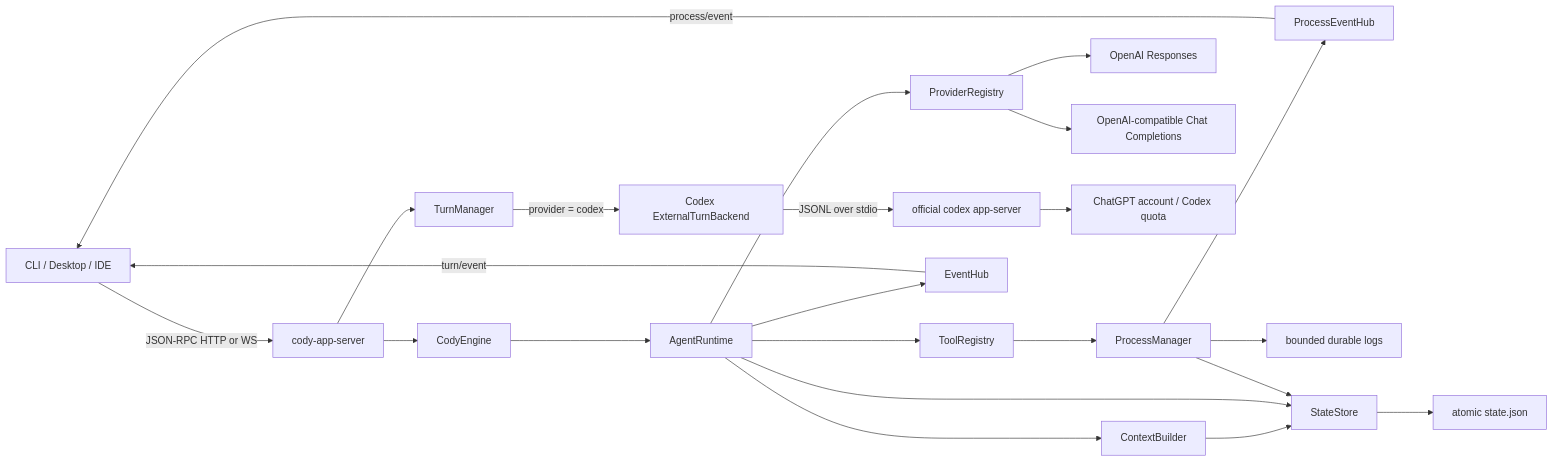
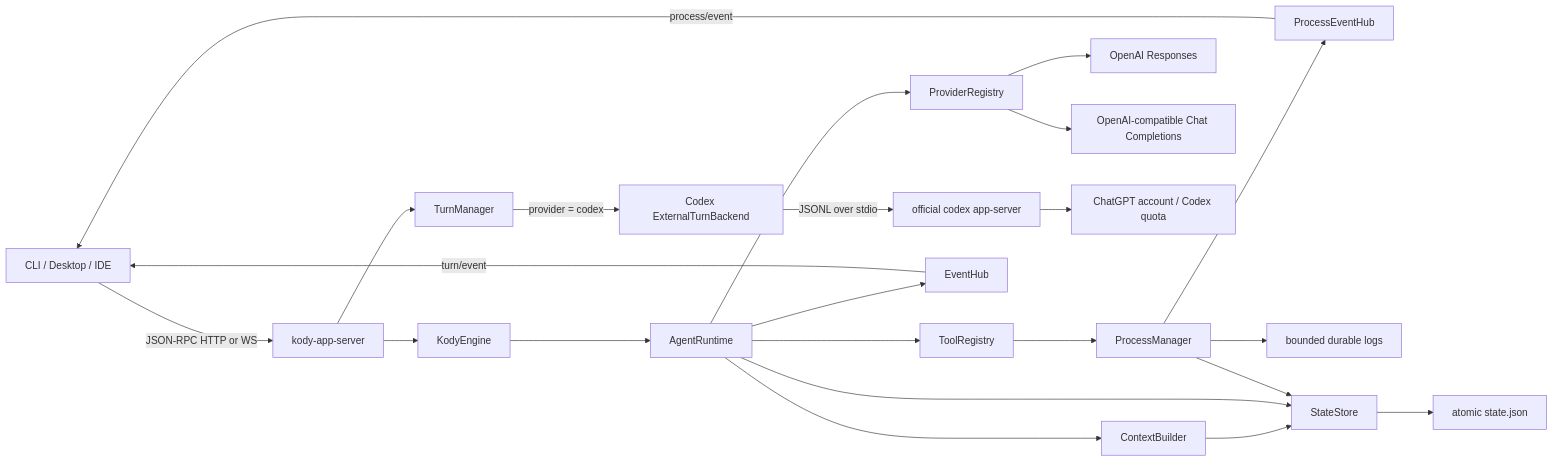
One commit to jianliang00/kody changed the first of 3 diagrams in docs/architecture.md. Above: the diagram before and after it, drawn with Mermaid. The commit also changed other lines of this file and 115 other files, not shown here.

````diff
--- a/docs/architecture.md
+++ b/docs/architecture.md
@@ -5,25 +5,25 @@
 ```mermaid
 flowchart LR
-    Client["CLI / Desktop / IDE"] -->|"JSON-RPC HTTP or WS"| Server["cody-app-server"]
-    Server --> Engine["CodyEngine"]
+    Client["CLI / Desktop / IDE"] -->|"JSON-RPC HTTP or WS"| Server["kody-app-server"]
+    Server --> Engine["KodyEngine"]
     Server --> TurnManager["TurnManager"]
     Engine --> Runtime["AgentRuntime"]
     Runtime --> Context["ContextBuilder"]
     Runtime --> Providers["ProviderRegistry"]
     Providers --> Responses["OpenAI Responses"]
     Providers --> Compatible["OpenAI-compatible Chat Completions"]
     TurnManager -->|"provider = codex"| CodexBackend["Codex ExternalTurnBackend"]
     CodexBackend -->|"JSONL over stdio"| CodexSidecar["official codex app-server"]
     CodexSidecar --> ChatGPT["ChatGPT account / Codex quota"]
     Runtime --> Tools["ToolRegistry"]
     Runtime --> Events["EventHub"]
     Tools --> Processes["ProcessManager"]
     Processes --> ProcessEvents["ProcessEventHub"]
     Processes --> ProcessLogs["bounded durable logs"]
     Context --> Store["StateStore"]
     Runtime --> Store
     Processes --> Store
     Store --> Json["atomic state.json"]
     Events -->|"turn/event"| Client
     ProcessEvents -->|"process/event"| Client
 ```
````
